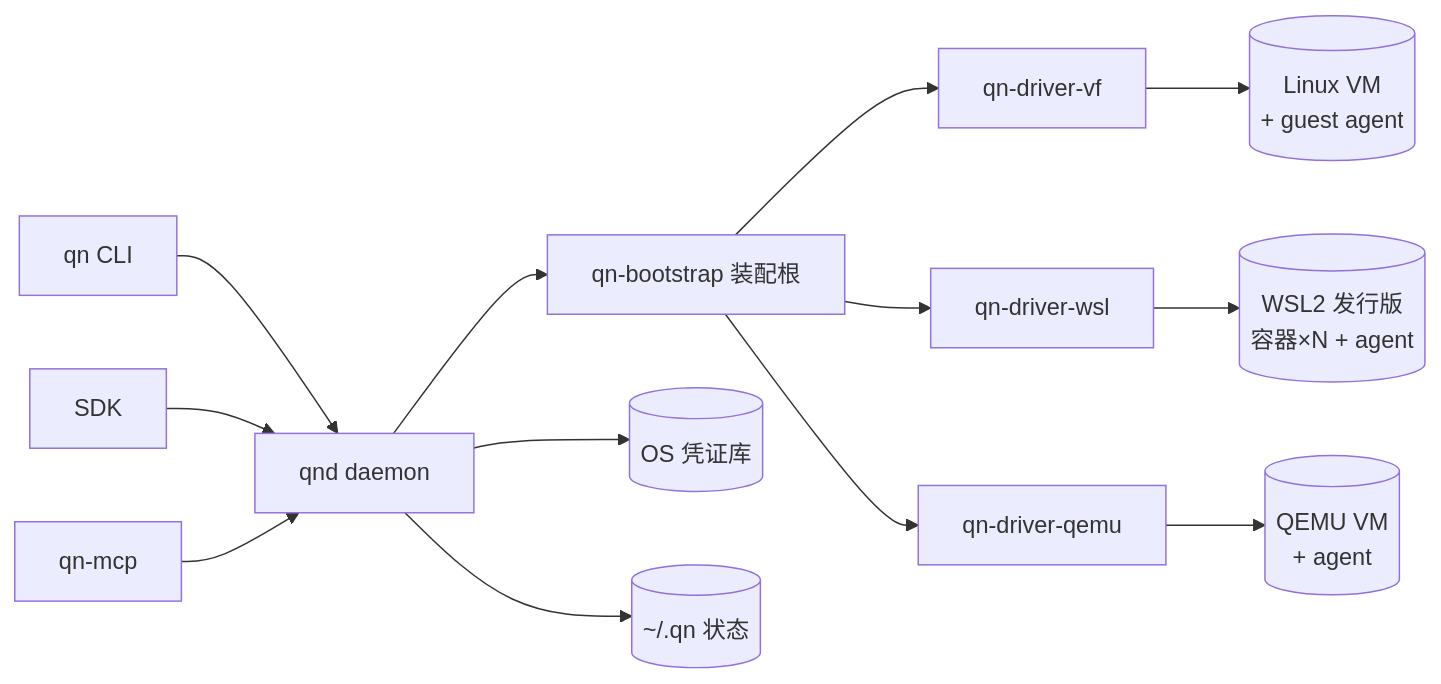
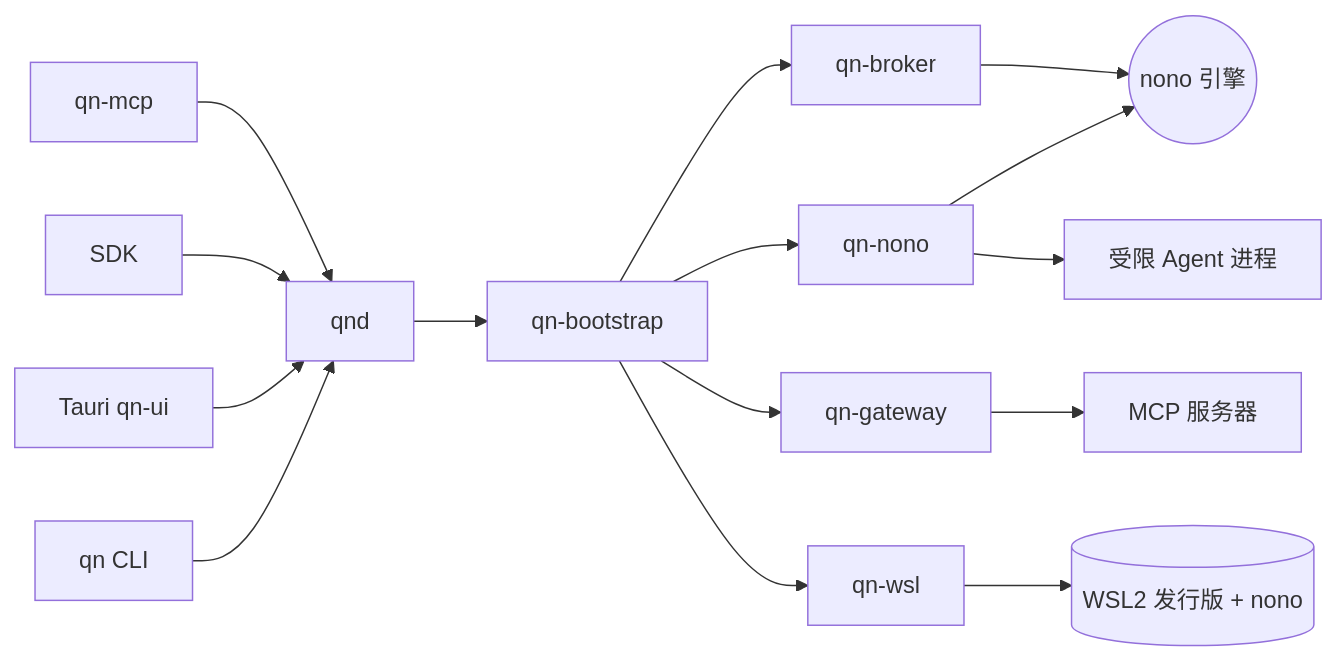
The second of 2 diagrams in docs/architecture-breakdown.md (gac0812/qn-sandbox), drawn with Mermaid before and after one commit. The commit also changed other lines of this file and 23 other files, not shown here.

````diff
--- a/docs/architecture-breakdown.md
+++ b/docs/architecture-breakdown.md
@@ -55,12 +56,13 @@
 ```mermaid
 flowchart LR
-    CLI[qn CLI] --> D[qnd daemon]
+    CLI[qn CLI] --> D[qnd]
+    UI[Tauri qn-ui] --> D
     SDK[SDK] --> D
     MCP[qn-mcp] --> D
-    D --> B[qn-bootstrap 装配根]
-    B --> VF[qn-driver-vf] --> VM[(Linux VM<br/>+ guest agent)]
-    B --> WSL[qn-driver-wsl] --> DISTRO[(WSL2 发行版<br/>容器×N + agent)]
-    B --> QE[qn-driver-qemu] --> QVM[(QEMU VM<br/>+ agent)]
-    D --> KR[(OS 凭证库)]
-    D --> FS[(~/.qn 状态)]
+    D --> BS[qn-bootstrap]
+    BS --> N[qn-nono] --> NONO((nono 引擎))
+    BS --> B[qn-broker] --> NONO
+    BS --> G[qn-gateway] --> NET2[MCP 服务器]
+    BS --> W[qn-wsl] --> DISTRO[(WSL2 发行版 + nono)]
+    N --> AG[受限 Agent 进程]
 ```
````
